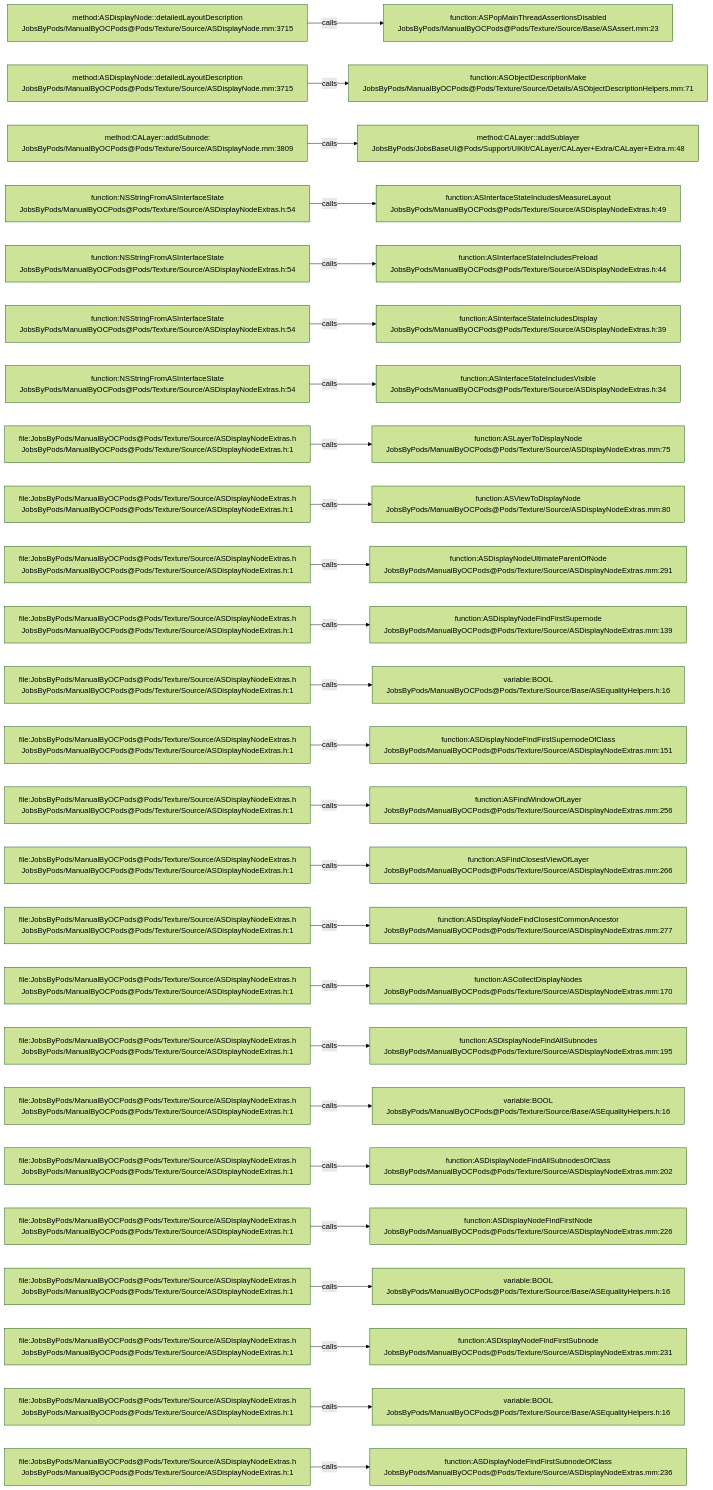
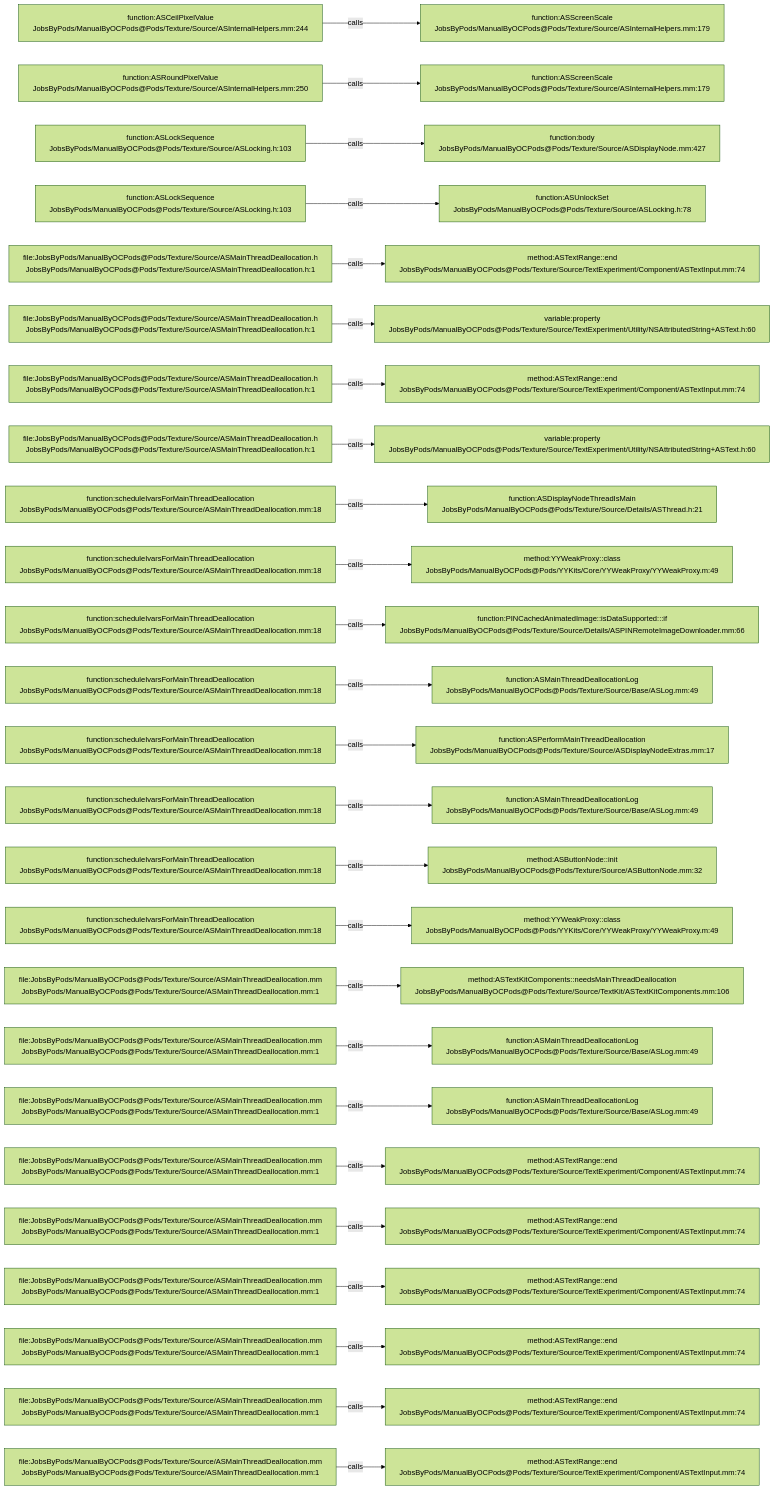
One commit to JobsKits/JobsOCBaseConfigDemo changed the diagram in .codegraph/codegraph.md/graphs/calls-097.md. Above: the diagram before and after it, drawn with Mermaid (forest theme). The commit also changed 2723 other files, not shown here.

````diff
--- a/.codegraph/codegraph.md/graphs/calls-097.md
+++ b/.codegraph/codegraph.md/graphs/calls-097.md
@@ -13,78 +13,78 @@
 ```mermaid
 flowchart LR
-  S1["method:ASDisplayNode::detailedLayoutDescription<br/>JobsByPods/ManualByOCPods@Pods/Texture/Source/ASDisplayNode.mm:3715"]
-  T1["function:ASPopMainThreadAssertionsDisabled<br/>JobsByPods/ManualByOCPods@Pods/Texture/Source/Base/ASAssert.mm:23"]
+  S1["function:ASCeilPixelValue<br/>JobsByPods/ManualByOCPods@Pods/Texture/Source/ASInternalHelpers.mm:244"]
+  T1["function:ASScreenScale<br/>JobsByPods/ManualByOCPods@Pods/Texture/Source/ASInternalHelpers.mm:179"]
   S1 -->|calls| T1
-  S2["method:ASDisplayNode::detailedLayoutDescription<br/>JobsByPods/ManualByOCPods@Pods/Texture/Source/ASDisplayNode.mm:3715"]
-  T2["function:ASObjectDescriptionMake<br/>JobsByPods/ManualByOCPods@Pods/Texture/Source/Details/ASObjectDescriptionHelpers.mm:71"]
+  S2["function:ASRoundPixelValue<br/>JobsByPods/ManualByOCPods@Pods/Texture/Source/ASInternalHelpers.mm:250"]
+  T2["function:ASScreenScale<br/>JobsByPods/ManualByOCPods@Pods/Texture/Source/ASInternalHelpers.mm:179"]
   S2 -->|calls| T2
-  S3["method:CALayer::addSubnode:<br/>JobsByPods/ManualByOCPods@Pods/Texture/Source/ASDisplayNode.mm:3809"]
-  T3["method:CALayer::addSublayer<br/>JobsByPods/JobsBaseUI@Pods/Support/UIKit/CALayer/CALayer+Extra/CALayer+Extra.m:48"]
+  S3["function:ASLockSequence<br/>JobsByPods/ManualByOCPods@Pods/Texture/Source/ASLocking.h:103"]
+  T3["function:body<br/>JobsByPods/ManualByOCPods@Pods/Texture/Source/ASDisplayNode.mm:427"]
   S3 -->|calls| T3
-  S4["function:NSStringFromASInterfaceState<br/>JobsByPods/ManualByOCPods@Pods/Texture/Source/ASDisplayNodeExtras.h:54"]
-  T4["function:ASInterfaceStateIncludesMeasureLayout<br/>JobsByPods/ManualByOCPods@Pods/Texture/Source/ASDisplayNodeExtras.h:49"]
+  S4["function:ASLockSequence<br/>JobsByPods/ManualByOCPods@Pods/Texture/Source/ASLocking.h:103"]
+  T4["function:ASUnlockSet<br/>JobsByPods/ManualByOCPods@Pods/Texture/Source/ASLocking.h:78"]
   S4 -->|calls| T4
-  S5["function:NSStringFromASInterfaceState<br/>JobsByPods/ManualByOCPods@Pods/Texture/Source/ASDisplayNodeExtras.h:54"]
-  T5["function:ASInterfaceStateIncludesPreload<br/>JobsByPods/ManualByOCPods@Pods/Texture/Source/ASDisplayNodeExtras.h:44"]
+  S5["file:JobsByPods/ManualByOCPods@Pods/Texture/Source/ASMainThreadDeallocation.h<br/>JobsByPods/ManualByOCPods@Pods/Texture/Source/ASMainThreadDeallocation.h:1"]
+  T5["method:ASTextRange::end<br/>JobsByPods/ManualByOCPods@Pods/Texture/Source/TextExperiment/Component/ASTextInput.mm:74"]
   S5 -->|calls| T5
-  S6["function:NSStringFromASInterfaceState<br/>JobsByPods/ManualByOCPods@Pods/Texture/Source/ASDisplayNodeExtras.h:54"]
-  T6["function:ASInterfaceStateIncludesDisplay<br/>JobsByPods/ManualByOCPods@Pods/Texture/Source/ASDisplayNodeExtras.h:39"]
+  S6["file:JobsByPods/ManualByOCPods@Pods/Texture/Source/ASMainThreadDeallocation.h<br/>JobsByPods/ManualByOCPods@Pods/Texture/Source/ASMainThreadDeallocation.h:1"]
+  T6["variable:property<br/>JobsByPods/ManualByOCPods@Pods/Texture/Source/TextExperiment/Utility/NSAttributedString+ASText.h:60"]
   S6 -->|calls| T6
-  S7["function:NSStringFromASInterfaceState<br/>JobsByPods/ManualByOCPods@Pods/Texture/Source/ASDisplayNodeExtras.h:54"]
-  T7["function:ASInterfaceStateIncludesVisible<br/>JobsByPods/ManualByOCPods@Pods/Texture/Source/ASDisplayNodeExtras.h:34"]
+  S7["file:JobsByPods/ManualByOCPods@Pods/Texture/Source/ASMainThreadDeallocation.h<br/>JobsByPods/ManualByOCPods@Pods/Texture/Source/ASMainThreadDeallocation.h:1"]
+  T7["method:ASTextRange::end<br/>JobsByPods/ManualByOCPods@Pods/Texture/Source/TextExperiment/Component/ASTextInput.mm:74"]
   S7 -->|calls| T7
-  S8["file:JobsByPods/ManualByOCPods@Pods/Texture/Source/ASDisplayNodeExtras.h<br/>JobsByPods/ManualByOCPods@Pods/Texture/Source/ASDisplayNodeExtras.h:1"]
-  T8["function:ASLayerToDisplayNode<br/>JobsByPods/ManualByOCPods@Pods/Texture/Source/ASDisplayNodeExtras.mm:75"]
+  S8["file:JobsByPods/ManualByOCPods@Pods/Texture/Source/ASMainThreadDeallocation.h<br/>JobsByPods/ManualByOCPods@Pods/Texture/Source/ASMainThreadDeallocation.h:1"]
+  T8["variable:property<br/>JobsByPods/ManualByOCPods@Pods/Texture/Source/TextExperiment/Utility/NSAttributedString+ASText.h:60"]
   S8 -->|calls| T8
-  S9["file:JobsByPods/ManualByOCPods@Pods/Texture/Source/ASDisplayNodeExtras.h<br/>JobsByPods/ManualByOCPods@Pods/Texture/Source/ASDisplayNodeExtras.h:1"]
-  T9["function:ASViewToDisplayNode<br/>JobsByPods/ManualByOCPods@Pods/Texture/Source/ASDisplayNodeExtras.mm:80"]
+  S9["function:scheduleIvarsForMainThreadDeallocation<br/>JobsByPods/ManualByOCPods@Pods/Texture/Source/ASMainThreadDeallocation.mm:18"]
+  T9["function:ASDisplayNodeThreadIsMain<br/>JobsByPods/ManualByOCPods@Pods/Texture/Source/Details/ASThread.h:21"]
   S9 -->|calls| T9
-  S10["file:JobsByPods/ManualByOCPods@Pods/Texture/Source/ASDisplayNodeExtras.h<br/>JobsByPods/ManualByOCPods@Pods/Texture/Source/ASDisplayNodeExtras.h:1"]
-  T10["function:ASDisplayNodeUltimateParentOfNode<br/>JobsByPods/ManualByOCPods@Pods/Texture/Source/ASDisplayNodeExtras.mm:291"]
+  S10["function:scheduleIvarsForMainThreadDeallocation<br/>JobsByPods/ManualByOCPods@Pods/Texture/Source/ASMainThreadDeallocation.mm:18"]
+  T10["method:YYWeakProxy::class<br/>JobsByPods/ManualByOCPods@Pods/YYKits/Core/YYWeakProxy/YYWeakProxy.m:49"]
   S10 -->|calls| T10
-  S11["file:JobsByPods/ManualByOCPods@Pods/Texture/Source/ASDisplayNodeExtras.h<br/>JobsByPods/ManualByOCPods@Pods/Texture/Source/ASDisplayNodeExtras.h:1"]
-  T11["function:ASDisplayNodeFindFirstSupernode<br/>JobsByPods/ManualByOCPods@Pods/Texture/Source/ASDisplayNodeExtras.mm:139"]
+  S11["function:scheduleIvarsForMainThreadDeallocation<br/>JobsByPods/ManualByOCPods@Pods/Texture/Source/ASMainThreadDeallocation.mm:18"]
+  T11["function:PINCachedAnimatedImage::isDataSupported:::if<br/>JobsByPods/ManualByOCPods@Pods/Texture/Source/Details/ASPINRemoteImageDownloader.mm:66"]
   S11 -->|calls| T11
-  S12["file:JobsByPods/ManualByOCPods@Pods/Texture/Source/ASDisplayNodeExtras.h<br/>JobsByPods/ManualByOCPods@Pods/Texture/Source/ASDisplayNodeExtras.h:1"]
-  T12["variable:BOOL<br/>JobsByPods/ManualByOCPods@Pods/Texture/Source/Base/ASEqualityHelpers.h:16"]
+  S12["function:scheduleIvarsForMainThreadDeallocation<br/>JobsByPods/ManualByOCPods@Pods/Texture/Source/ASMainThreadDeallocation.mm:18"]
+  T12["function:ASMainThreadDeallocationLog<br/>JobsByPods/ManualByOCPods@Pods/Texture/Source/Base/ASLog.mm:49"]
   S12 -->|calls| T12
-  S13["file:JobsByPods/ManualByOCPods@Pods/Texture/Source/ASDisplayNodeExtras.h<br/>JobsByPods/ManualByOCPods@Pods/Texture/Source/ASDisplayNodeExtras.h:1"]
-  T13["function:ASDisplayNodeFindFirstSupernodeOfClass<br/>JobsByPods/ManualByOCPods@Pods/Texture/Source/ASDisplayNodeExtras.mm:151"]
+  S13["function:scheduleIvarsForMainThreadDeallocation<br/>JobsByPods/ManualByOCPods@Pods/Texture/Source/ASMainThreadDeallocation.mm:18"]
+  T13["function:ASPerformMainThreadDeallocation<br/>JobsByPods/ManualByOCPods@Pods/Texture/Source/ASDisplayNodeExtras.mm:17"]
   S13 -->|calls| T13
-  S14["file:JobsByPods/ManualByOCPods@Pods/Texture/Source/ASDisplayNodeExtras.h<br/>JobsByPods/ManualByOCPods@Pods/Texture/Source/ASDisplayNodeExtras.h:1"]
-  T14["function:ASFindWindowOfLayer<br/>JobsByPods/ManualByOCPods@Pods/Texture/Source/ASDisplayNodeExtras.mm:256"]
+  S14["function:scheduleIvarsForMainThreadDeallocation<br/>JobsByPods/ManualByOCPods@Pods/Texture/Source/ASMainThreadDeallocation.mm:18"]
+  T14["function:ASMainThreadDeallocationLog<br/>JobsByPods/ManualByOCPods@Pods/Texture/Source/Base/ASLog.mm:49"]
   S14 -->|calls| T14
-  S15["file:JobsByPods/ManualByOCPods@Pods/Texture/Source/ASDisplayNodeExtras.h<br/>JobsByPods/ManualByOCPods@Pods/Texture/Source/ASDisplayNodeExtras.h:1"]
-  T15["function:ASFindClosestViewOfLayer<br/>JobsByPods/ManualByOCPods@Pods/Texture/Source/ASDisplayNodeExtras.mm:266"]
+  S15["function:scheduleIvarsForMainThreadDeallocation<br/>JobsByPods/ManualByOCPods@Pods/Texture/Source/ASMainThreadDeallocation.mm:18"]
+  T15["method:ASButtonNode::init<br/>JobsByPods/ManualByOCPods@Pods/Texture/Source/ASButtonNode.mm:32"]
   S15 -->|calls| T15
-  S16["file:JobsByPods/ManualByOCPods@Pods/Texture/Source/ASDisplayNodeExtras.h<br/>JobsByPods/ManualByOCPods@Pods/Texture/Source/ASDisplayNodeExtras.h:1"]
-  T16["function:ASDisplayNodeFindClosestCommonAncestor<br/>JobsByPods/ManualByOCPods@Pods/Texture/Source/ASDisplayNodeExtras.mm:277"]
+  S16["function:scheduleIvarsForMainThreadDeallocation<br/>JobsByPods/ManualByOCPods@Pods/Texture/Source/ASMainThreadDeallocation.mm:18"]
+  T16["method:YYWeakProxy::class<br/>JobsByPods/ManualByOCPods@Pods/YYKits/Core/YYWeakProxy/YYWeakProxy.m:49"]
   S16 -->|calls| T16
-  S17["file:JobsByPods/ManualByOCPods@Pods/Texture/Source/ASDisplayNodeExtras.h<br/>JobsByPods/ManualByOCPods@Pods/Texture/Source/ASDisplayNodeExtras.h:1"]
-  T17["function:ASCollectDisplayNodes<br/>JobsByPods/ManualByOCPods@Pods/Texture/Source/ASDisplayNodeExtras.mm:170"]
+  S17["file:JobsByPods/ManualByOCPods@Pods/Texture/Source/ASMainThreadDeallocation.mm<br/>JobsByPods/ManualByOCPods@Pods/Texture/Source/ASMainThreadDeallocation.mm:1"]
+  T17["method:ASTextKitComponents::needsMainThreadDeallocation<br/>JobsByPods/ManualByOCPods@Pods/Texture/Source/TextKit/ASTextKitComponents.mm:106"]
   S17 -->|calls| T17
-  S18["file:JobsByPods/ManualByOCPods@Pods/Texture/Source/ASDisplayNodeExtras.h<br/>JobsByPods/ManualByOCPods@Pods/Texture/Source/ASDisplayNodeExtras.h:1"]
-  T18["function:ASDisplayNodeFindAllSubnodes<br/>JobsByPods/ManualByOCPods@Pods/Texture/Source/ASDisplayNodeExtras.mm:195"]
+  S18["file:JobsByPods/ManualByOCPods@Pods/Texture/Source/ASMainThreadDeallocation.mm<br/>JobsByPods/ManualByOCPods@Pods/Texture/Source/ASMainThreadDeallocation.mm:1"]
+  T18["function:ASMainThreadDeallocationLog<br/>JobsByPods/ManualByOCPods@Pods/Texture/Source/Base/ASLog.mm:49"]
   S18 -->|calls| T18
-  S19["file:JobsByPods/ManualByOCPods@Pods/Texture/Source/ASDisplayNodeExtras.h<br/>JobsByPods/ManualByOCPods@Pods/Texture/Source/ASDisplayNodeExtras.h:1"]
-  T19["variable:BOOL<br/>JobsByPods/ManualByOCPods@Pods/Texture/Source/Base/ASEqualityHelpers.h:16"]
+  S19["file:JobsByPods/ManualByOCPods@Pods/Texture/Source/ASMainThreadDeallocation.mm<br/>JobsByPods/ManualByOCPods@Pods/Texture/Source/ASMainThreadDeallocation.mm:1"]
+  T19["function:ASMainThreadDeallocationLog<br/>JobsByPods/ManualByOCPods@Pods/Texture/Source/Base/ASLog.mm:49"]
   S19 -->|calls| T19
-  S20["file:JobsByPods/ManualByOCPods@Pods/Texture/Source/ASDisplayNodeExtras.h<br/>JobsByPods/ManualByOCPods@Pods/Texture/Source/ASDisplayNodeExtras.h:1"]
-  T20["function:ASDisplayNodeFindAllSubnodesOfClass<br/>JobsByPods/ManualByOCPods@Pods/Texture/Source/ASDisplayNodeExtras.mm:202"]
+  S20["file:JobsByPods/ManualByOCPods@Pods/Texture/Source/ASMainThreadDeallocation.mm<br/>JobsByPods/ManualByOCPods@Pods/Texture/Source/ASMainThreadDeallocation.mm:1"]
+  T20["method:ASTextRange::end<br/>JobsByPods/ManualByOCPods@Pods/Texture/Source/TextExperiment/Component/ASTextInput.mm:74"]
   S20 -->|calls| T20
-  S21["file:JobsByPods/ManualByOCPods@Pods/Texture/Source/ASDisplayNodeExtras.h<br/>JobsByPods/ManualByOCPods@Pods/Texture/Source/ASDisplayNodeExtras.h:1"]
-  T21["function:ASDisplayNodeFindFirstNode<br/>JobsByPods/ManualByOCPods@Pods/Texture/Source/ASDisplayNodeExtras.mm:226"]
+  S21["file:JobsByPods/ManualByOCPods@Pods/Texture/Source/ASMainThreadDeallocation.mm<br/>JobsByPods/ManualByOCPods@Pods/Texture/Source/ASMainThreadDeallocation.mm:1"]
+  T21["method:ASTextRange::end<br/>JobsByPods/ManualByOCPods@Pods/Texture/Source/TextExperiment/Component/ASTextInput.mm:74"]
   S21 -->|calls| T21
-  S22["file:JobsByPods/ManualByOCPods@Pods/Texture/Source/ASDisplayNodeExtras.h<br/>JobsByPods/ManualByOCPods@Pods/Texture/Source/ASDisplayNodeExtras.h:1"]
-  T22["variable:BOOL<br/>JobsByPods/ManualByOCPods@Pods/Texture/Source/Base/ASEqualityHelpers.h:16"]
+  S22["file:JobsByPods/ManualByOCPods@Pods/Texture/Source/ASMainThreadDeallocation.mm<br/>JobsByPods/ManualByOCPods@Pods/Texture/Source/ASMainThreadDeallocation.mm:1"]
+  T22["method:ASTextRange::end<br/>JobsByPods/ManualByOCPods@Pods/Texture/Source/TextExperiment/Component/ASTextInput.mm:74"]
   S22 -->|calls| T22
-  S23["file:JobsByPods/ManualByOCPods@Pods/Texture/Source/ASDisplayNodeExtras.h<br/>JobsByPods/ManualByOCPods@Pods/Texture/Source/ASDisplayNodeExtras.h:1"]
-  T23["function:ASDisplayNodeFindFirstSubnode<br/>JobsByPods/ManualByOCPods@Pods/Texture/Source/ASDisplayNodeExtras.mm:231"]
+  S23["file:JobsByPods/ManualByOCPods@Pods/Texture/Source/ASMainThreadDeallocation.mm<br/>JobsByPods/ManualByOCPods@Pods/Texture/Source/ASMainThreadDeallocation.mm:1"]
+  T23["method:ASTextRange::end<br/>JobsByPods/ManualByOCPods@Pods/Texture/Source/TextExperiment/Component/ASTextInput.mm:74"]
   S23 -->|calls| T23
-  S24["file:JobsByPods/ManualByOCPods@Pods/Texture/Source/ASDisplayNodeExtras.h<br/>JobsByPods/ManualByOCPods@Pods/Texture/Source/ASDisplayNodeExtras.h:1"]
-  T24["variable:BOOL<br/>JobsByPods/ManualByOCPods@Pods/Texture/Source/Base/ASEqualityHelpers.h:16"]
+  S24["file:JobsByPods/ManualByOCPods@Pods/Texture/Source/ASMainThreadDeallocation.mm<br/>JobsByPods/ManualByOCPods@Pods/Texture/Source/ASMainThreadDeallocation.mm:1"]
+  T24["method:ASTextRange::end<br/>JobsByPods/ManualByOCPods@Pods/Texture/Source/TextExperiment/Component/ASTextInput.mm:74"]
   S24 -->|calls| T24
-  S25["file:JobsByPods/ManualByOCPods@Pods/Texture/Source/ASDisplayNodeExtras.h<br/>JobsByPods/ManualByOCPods@Pods/Texture/Source/ASDisplayNodeExtras.h:1"]
-  T25["function:ASDisplayNodeFindFirstSubnodeOfClass<br/>JobsByPods/ManualByOCPods@Pods/Texture/Source/ASDisplayNodeExtras.mm:236"]
+  S25["file:JobsByPods/ManualByOCPods@Pods/Texture/Source/ASMainThreadDeallocation.mm<br/>JobsByPods/ManualByOCPods@Pods/Texture/Source/ASMainThreadDeallocation.mm:1"]
+  T25["method:ASTextRange::end<br/>JobsByPods/ManualByOCPods@Pods/Texture/Source/TextExperiment/Component/ASTextInput.mm:74"]
   S25 -->|calls| T25
 ```
````
